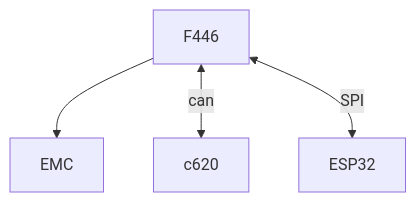
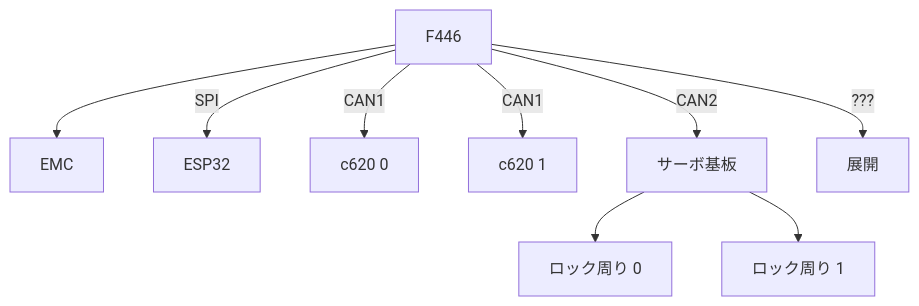
Before and after one commit to nnctroboticsclub/nhk-2024-B: the diagram in docs/robots/robot2.md, drawn with Mermaid. The commit also changed other lines of this file and 3 other files, not shown here.

````diff
--- a/docs/robots/robot2.md
+++ b/docs/robots/robot2.md
@@ -26,10 +38,20 @@
 ```mermaid
 graph TD
   F4[F446]
   EMC[EMC]
-  c620[c620]
   ESP32[ESP32]
+  c620_0[c620 0]
+  c620_1[c620 1]
+  Srv[サーボ基板]
+  Srv0[ロック周り 0]
+  Srv1[ロック周り 1]
+  expand[展開]
   F4 --> EMC
-  F4 <-- can --> c620
-  F4 <-- SPI --> ESP32
+  F4 -- CAN1 --> c620_0
+  F4 -- CAN1 --> c620_1
+  F4 -- SPI --> ESP32
+  F4 -- CAN2 --> Srv
+  Srv --> Srv0
+  Srv --> Srv1
+  F4 -- ??? --> expand
 ```
````
